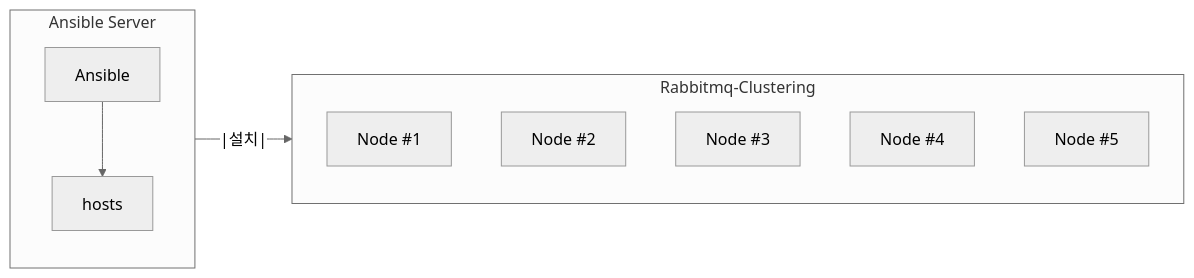
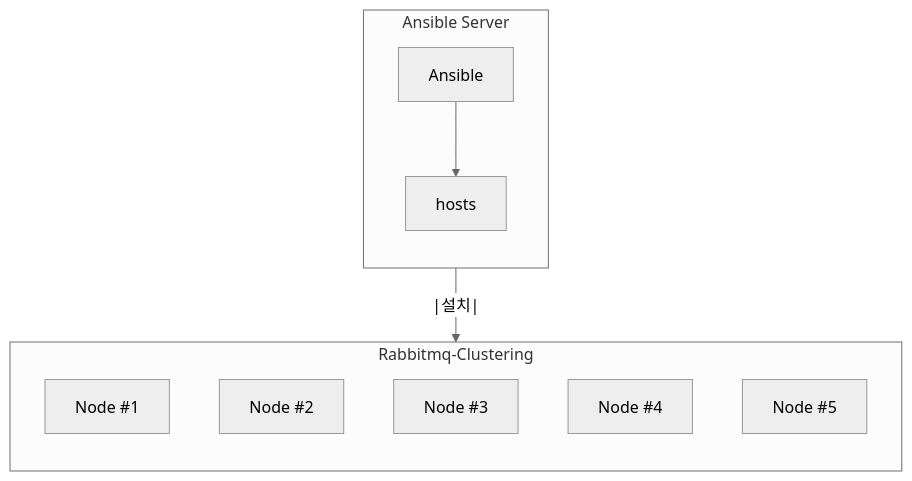
One commit to QubitSecurity/howto changed the diagram in rocky9/app/rabbitmq/ansible_install/readme.md. Above: the diagram before and after it, drawn with Mermaid (neutral theme).

````diff
--- a/rocky9/app/rabbitmq/ansible_install/readme.md
+++ b/rocky9/app/rabbitmq/ansible_install/readme.md
@@ -31,31 +31,31 @@
 ```mermaid
-graph LR;
+graph TB;
 
     %% Define layout direction and spacing
     %% style Ansible_Server fill:#f9f,stroke:#333,stroke-width:2px,height:200px;
     %% style Zookeeper fill:#cfc,stroke:#333,stroke-width:2px;
 
 
     %% Ansible Server Section
     subgraph Ansible_Server[Ansible Server]
         direction TB
         Ansible1[Ansible]
         hosts[hosts]
         
         Ansible1 --> hosts
     end
 
 
     subgraph Rabbitmq-Clustering
         direction TB
         Node1[Node #1]
         Node2[Node #2]
         Node3[Node #3]
         Node4[Node #4]
         Node5[Node #5]
     end
 
    hosts --|설치|--> Rabbitmq-Clustering
 
 
 ```
````
